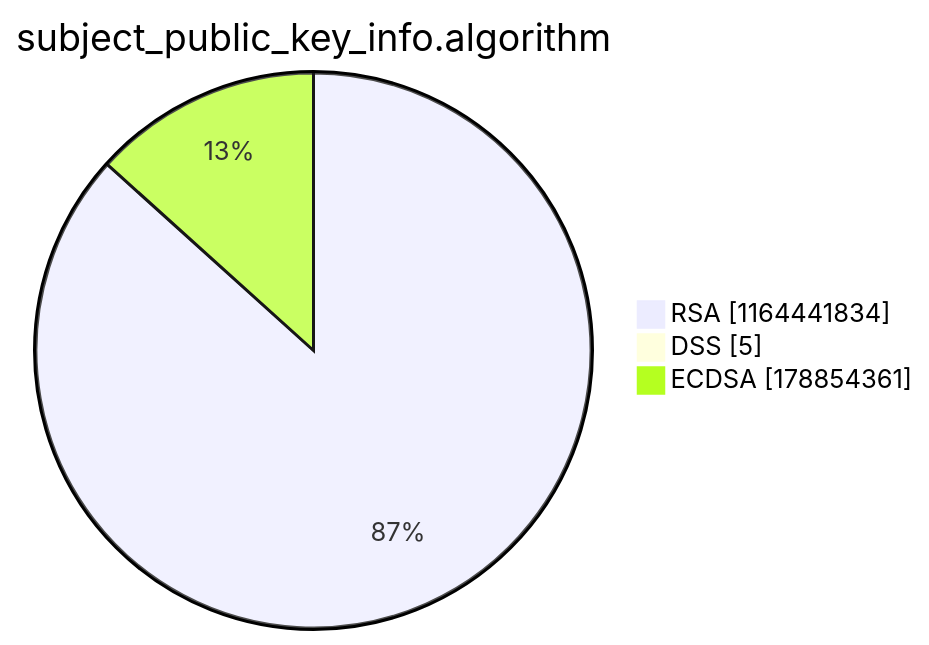
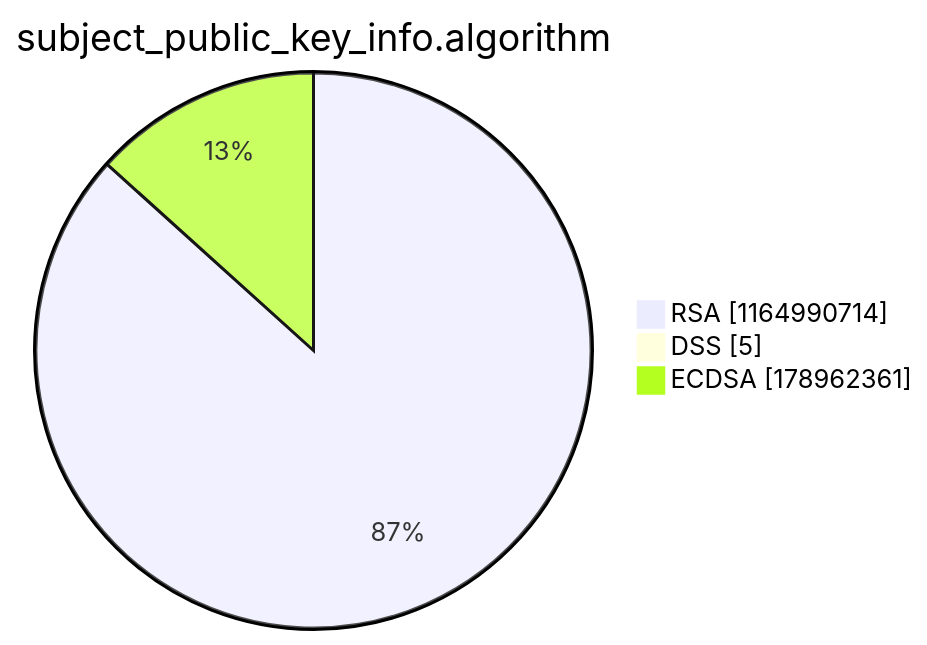
The third of 15 diagrams in argon2022/README.md (christiankrug/ctmonitor_visualization), drawn with Mermaid before and after one commit. The commit also changed other lines of this file, not shown here.

````diff
--- a/argon2022/README.md
+++ b/argon2022/README.md
@@ -14,7 +14,7 @@
 ```mermaid
 pie showData
 title subject_public_key_info.algorithm
-"RSA" :1164441834
+"RSA" :1164990714
 "DSS" :5
-"ECDSA" :178854361
+"ECDSA" :178962361
 ```
````
